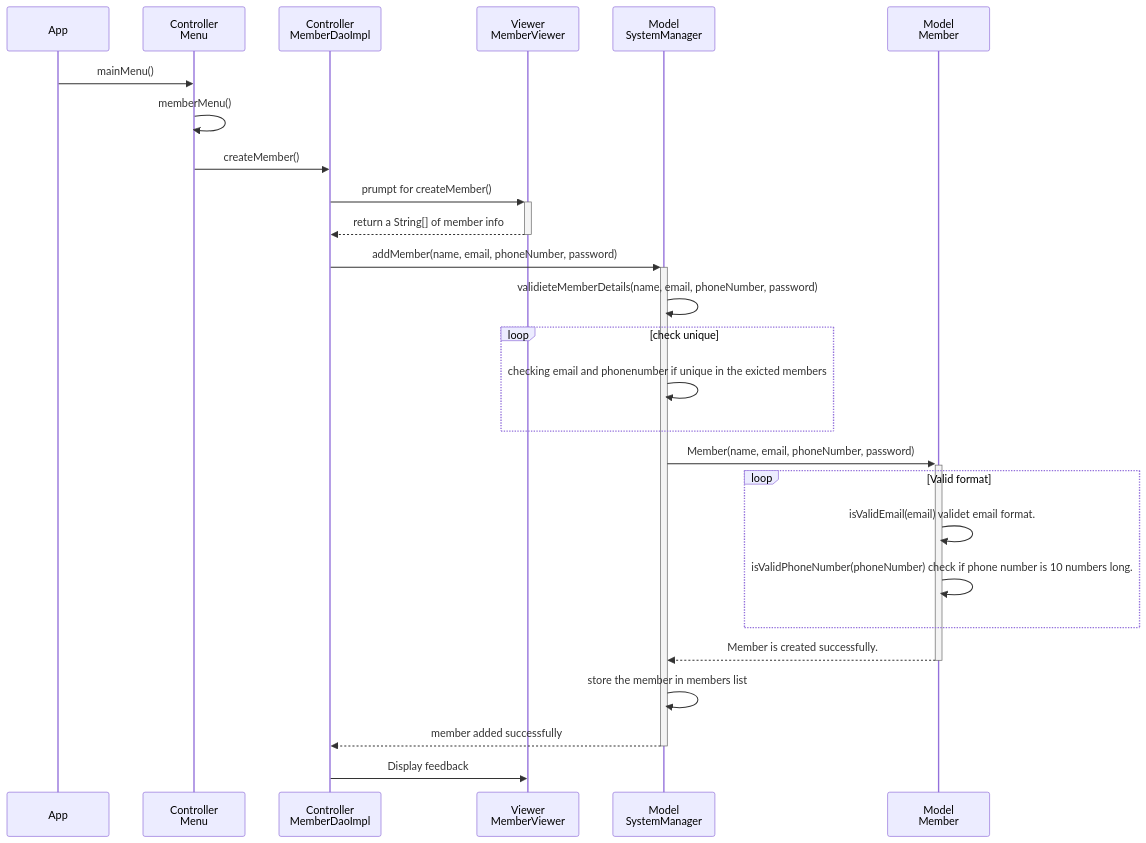
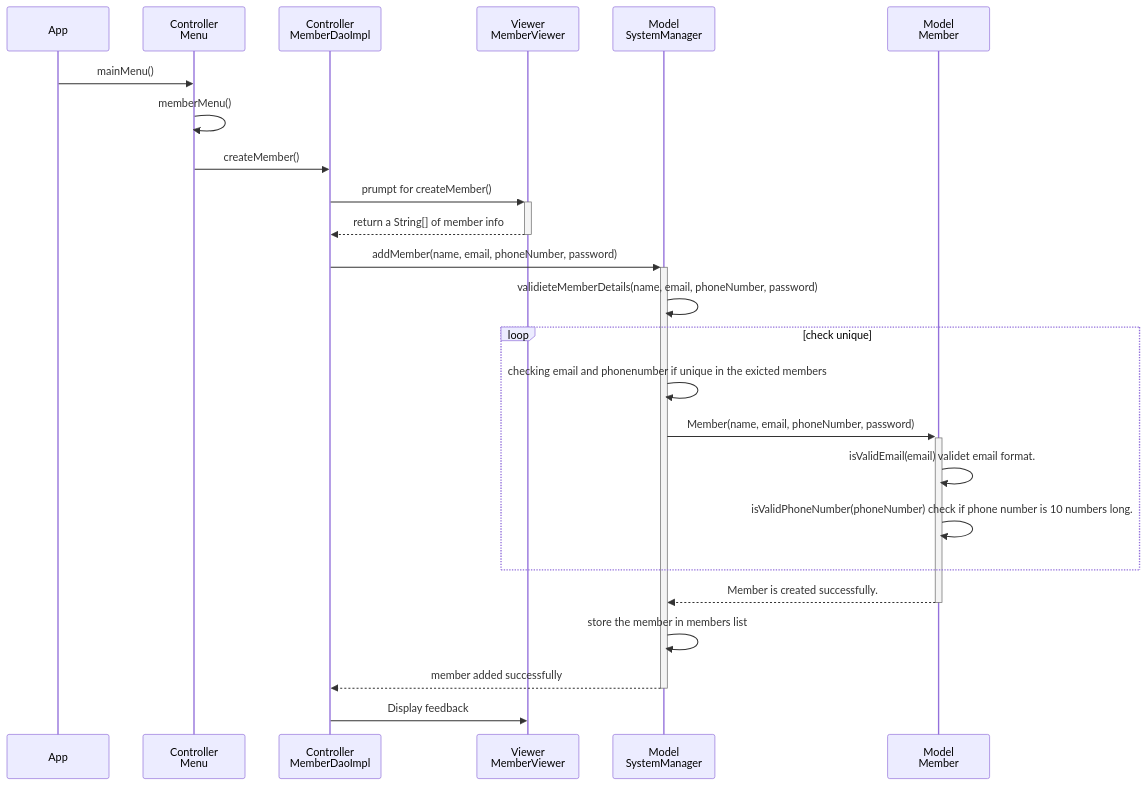
Before and after one commit to ashkar99/Stuff-Lending-System: the fifth of 5 diagrams in design.md, drawn with Mermaid.

Commit message:
fixed sequence diagram

`````diff
--- a/design.md
+++ b/design.md
@@ -413,32 +413,29 @@
 ```mermaid
 sequenceDiagram
     participant App as App 
     participant Menu as Controller <br/> Menu
     participant MC as Controller <br/> MemberDaoImpl 
     participant MV as Viewer <br/> MemberViewer
     participant SM as  Model <br/> SystemManager
     participant M as Model <br/> Member
     
     %% Scenario: Add a new third member with user input and database interaction
     App->> Menu: mainMenu()
     Menu->>Menu: memberMenu()
     Menu->>MC: createMember()
     MC->>+MV: prumpt for createMember()
     MV-->>-MC: return a String[] of member info
     MC->>+SM: addMember(name, email, phoneNumber, password) 
     SM->>SM: validieteMemberDetails(name, email, phoneNumber, password) 
     loop check unique 
         SM->>SM: checking email and phonenumber if unique in the exicted members
-    end
-
-    SM->>+M: Member(name, email, phoneNumber, password)
-    loop Valid format
+        SM->>+M: Member(name, email, phoneNumber, password)
         M->>M: isValidEmail(email)  validet email format.
         M->>M: isValidPhoneNumber(phoneNumber) check if phone number is 10 numbers long.
     end
     M-->>-SM: Member is created successfully.
     SM->>SM: store the member in members list
     SM-->>-MC: member added successfully
     MC->>MV: Display feedback
 
 ````
`````
